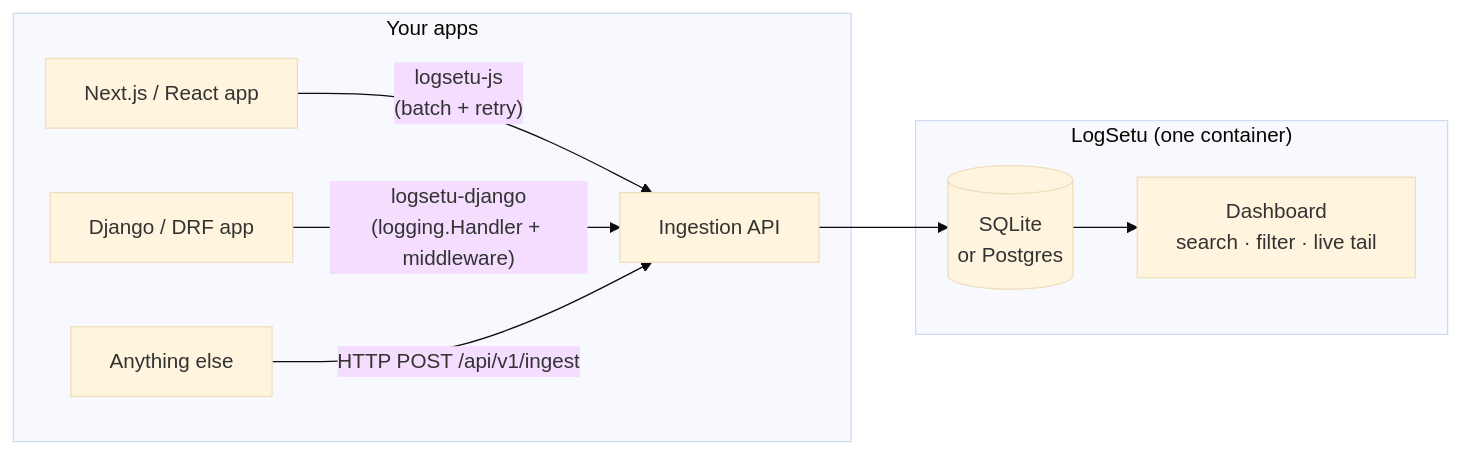
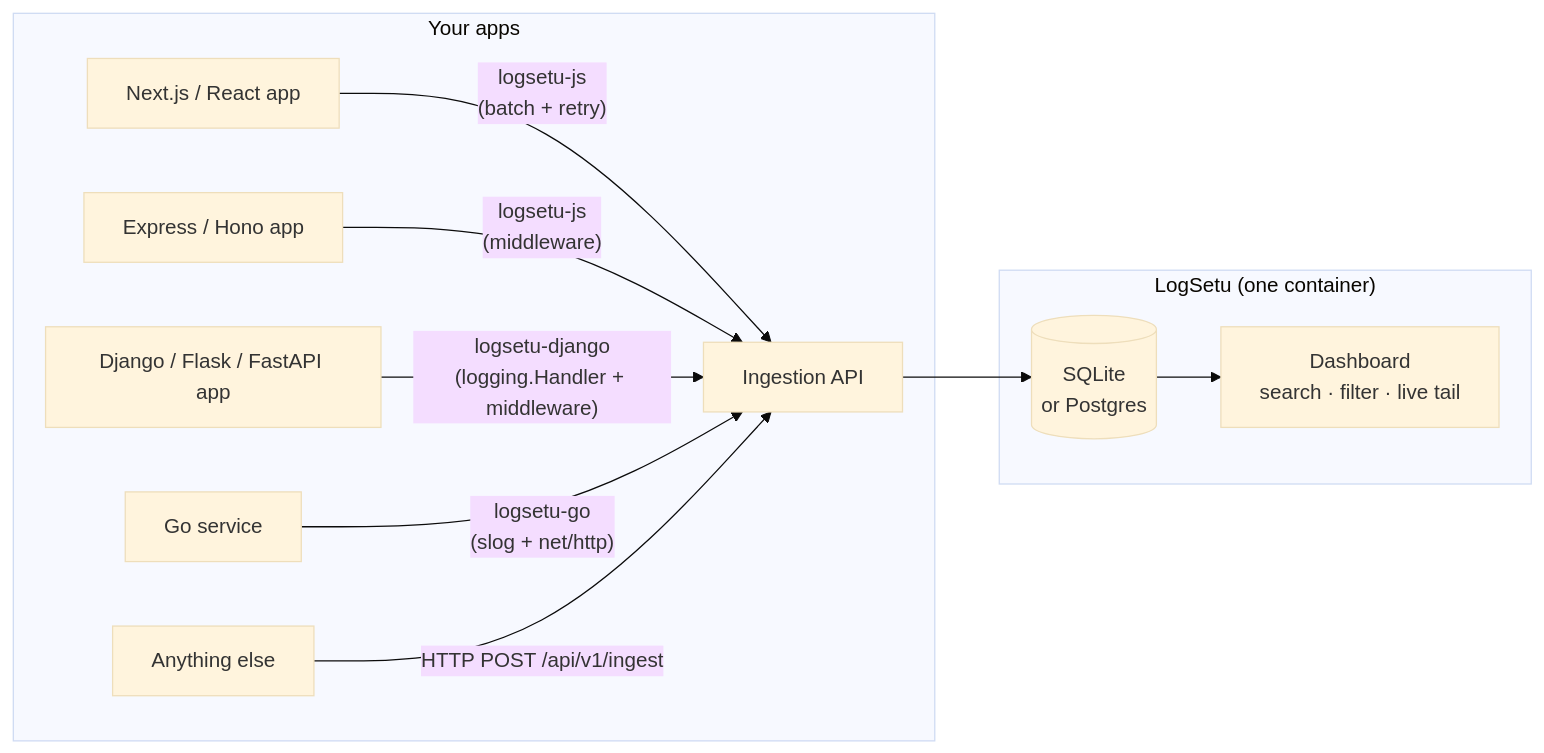
Before and after one commit to itsrajverma/logsetu: the diagram in README.md, drawn with Mermaid (base theme). The commit also changed other lines of this file and 28 other files, not shown here.

First line of the commit message:
feat(sdks): Express / Hono, Flask / FastAPI and Go SDKs

````diff
--- a/README.md
+++ b/README.md
@@ -111,12 +152,14 @@
 ```mermaid
 flowchart LR
   subgraph Your apps
     A["Next.js / React app"] -->|"logsetu-js<br/>(batch + retry)"| S
-    B["Django / DRF app"] -->|"logsetu-django<br/>(logging.Handler + middleware)"| S
+    E["Express / Hono app"] -->|"logsetu-js<br/>(middleware)"| S
+    B["Django / Flask / FastAPI app"] -->|"logsetu-django<br/>(logging.Handler + middleware)"| S
+    G["Go service"] -->|"logsetu-go<br/>(slog + net/http)"| S
     C["Anything else"] -->|"HTTP POST /api/v1/ingest"| S
   end
   subgraph "LogSetu (one container)"
     S["Ingestion API"] --> DB[("SQLite<br/>or Postgres")]
     DB --> D["Dashboard<br/>search · filter · live tail"]
   end
 ```
````
